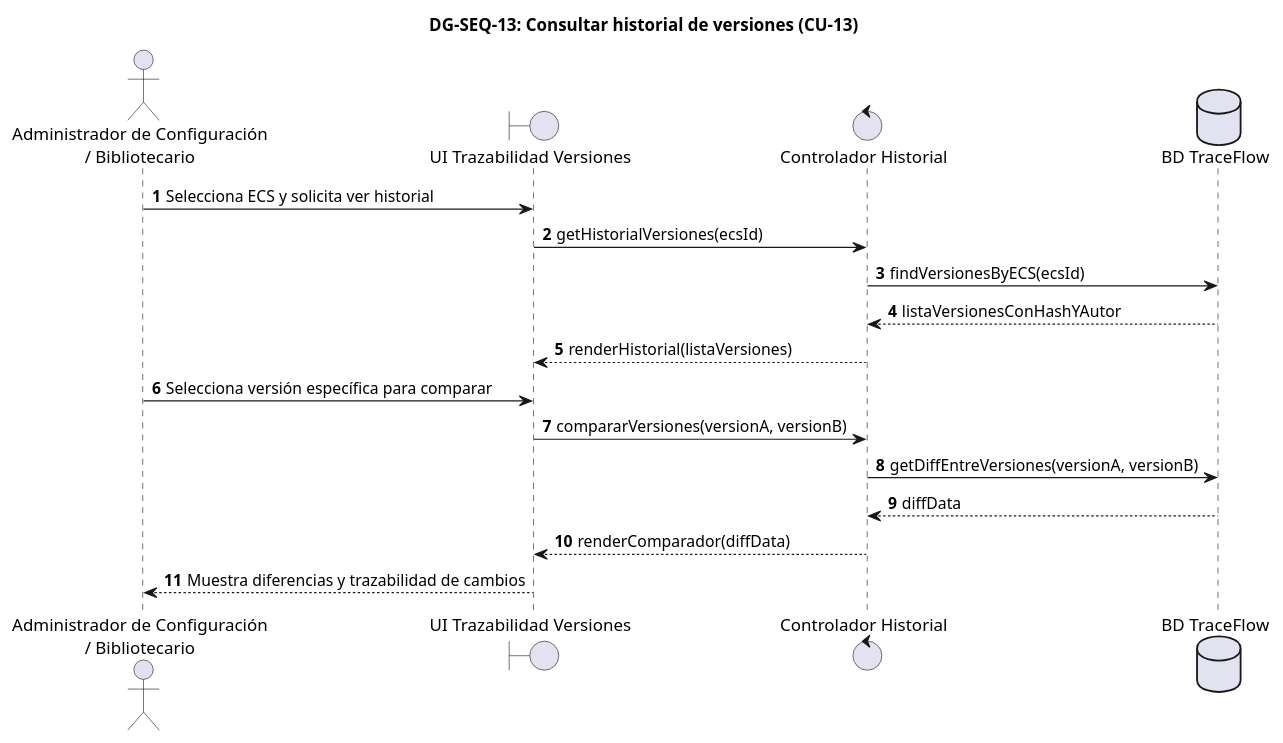
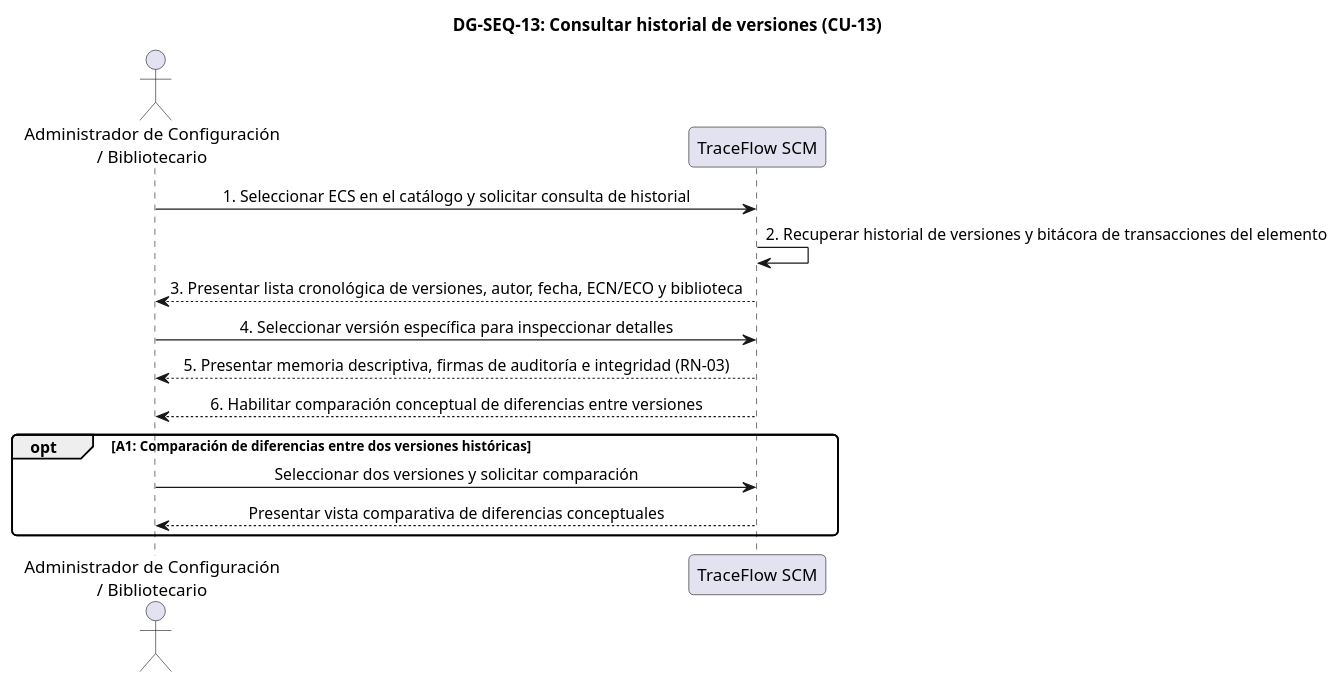
Before and after one commit to JMedina255/TraceFlow: diagram 26 of 44 in FD03-EPIS-Informe_SRS.md, drawn with PlantUML. The commit also changed other lines of this file and 2 other files, not shown here.

First line of the commit message:
docs(diagrams): refactorizar diagramas de secuencia DG-SEQ-01 a DG-SEQ-30 a nivel de analisis 1:1

````diff
--- a/FD03-EPIS-Informe_SRS.md
+++ b/FD03-EPIS-Informe_SRS.md
@@ -4571,28 +4567,26 @@
 ```plantuml
-@startuml
+@startuml DG-SEQ-13
 skinparam shadowing false
 skinparam roundcorner 8
 skinparam defaultFontName Arial
-autonumber
+skinparam sequenceMessageAlign center
 
 title <b>DG-SEQ-13: Consultar historial de versiones (CU-13)</b>
 
-actor "Administrador de Configuración\n/ Bibliotecario" as ACT
-boundary "UI Trazabilidad Versiones" as UI
-control "Controlador Historial" as CTRL
-database "BD TraceFlow" as DB
+actor "Administrador de Configuración\n/ Bibliotecario" as Admin
+participant "TraceFlow SCM" as Sistema
 
-ACT -> UI : Selecciona ECS y solicita ver historial
-UI -> CTRL : getHistorialVersiones(ecsId)
-CTRL -> DB : findVersionesByECS(ecsId)
-DB --> CTRL : listaVersionesConHashYAutor
-CTRL --> UI : renderHistorial(listaVersiones)
+Admin -> Sistema: 1. Seleccionar ECS en el catálogo y solicitar consulta de historial
+Sistema -> Sistema: 2. Recuperar historial de versiones y bitácora de transacciones del elemento
+Sistema --> Admin: 3. Presentar lista cronológica de versiones, autor, fecha, ECN/ECO y biblioteca
+Admin -> Sistema: 4. Seleccionar versión específica para inspeccionar detalles
+Sistema --> Admin: 5. Presentar memoria descriptiva, firmas de auditoría e integridad (RN-03)
+Sistema --> Admin: 6. Habilitar comparación conceptual de diferencias entre versiones
 
-ACT -> UI : Selecciona versión específica para comparar
-UI -> CTRL : compararVersiones(versionA, versionB)
-CTRL -> DB : getDiffEntreVersiones(versionA, versionB)
-DB --> CTRL : diffData
-CTRL --> UI : renderComparador(diffData)
-UI --> ACT : Muestra diferencias y trazabilidad de cambios
+opt A1: Comparación de diferencias entre dos versiones históricas
+  Admin -> Sistema: Seleccionar dos versiones y solicitar comparación
+  Sistema --> Admin: Presentar vista comparativa de diferencias conceptuales
+end
+
 @enduml
 ```
````
